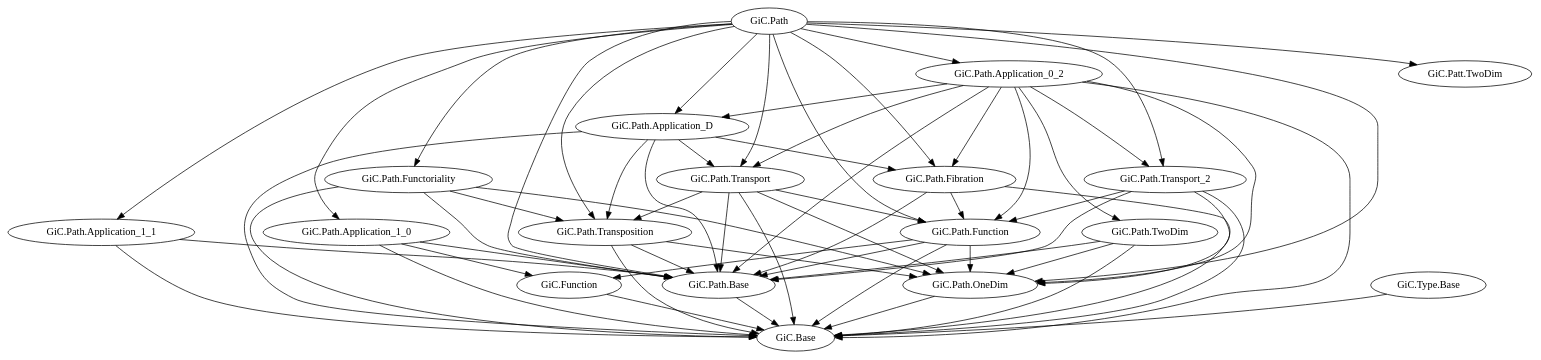
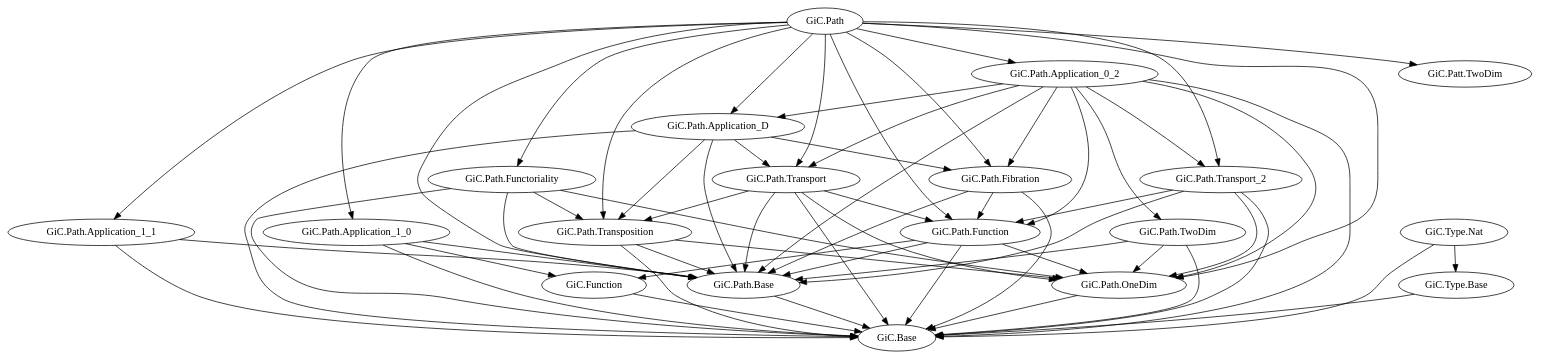
The diagram in documents/libraries.gv (Hexirp/googology-in-coq), drawn with Graphviz before and after one commit. The commit also changed 5 other files, not shown here.

First line of the commit message:
Add: GiC.Type.Nat を

```diff
--- a/documents/libraries.gv
+++ b/documents/libraries.gv
@@ -1,97 +1,101 @@
 digraph dependency_graph {
   # GiC.Base
 
   # GiC.Function
   "GiC.Function" -> "GiC.Base";
 
   # GiC.Path.Base
   "GiC.Path.Base" -> "GiC.Base";
 
   # GiC.Path.OneDim
   "GiC.Path.OneDim" -> "GiC.Base";
 
   # GiC.Path.Function
   "GiC.Path.Function" -> "GiC.Base";
   "GiC.Path.Function" -> "GiC.Function";
   "GiC.Path.Function" -> "GiC.Path.Base";
   "GiC.Path.Function" -> "GiC.Path.OneDim";
 
   # GiC.Path.TwoDim
   "GiC.Path.TwoDim" -> "GiC.Base";
   "GiC.Path.TwoDim" -> "GiC.Path.Base";
   "GiC.Path.TwoDim" -> "GiC.Path.OneDim";
 
   # GiC.Path.Transposition
   "GiC.Path.Transposition" -> "GiC.Base";
   "GiC.Path.Transposition" -> "GiC.Path.Base";
   "GiC.Path.Transposition" -> "GiC.Path.OneDim";
 
   # GiC.Path.Functoriality
   "GiC.Path.Functoriality" -> "GiC.Base";
   "GiC.Path.Functoriality" -> "GiC.Path.Base";
   "GiC.Path.Functoriality" -> "GiC.Path.OneDim";
   "GiC.Path.Functoriality" -> "GiC.Path.Transposition";
 
   # GiC.Path.Application_1_0
   "GiC.Path.Application_1_0" -> "GiC.Base";
   "GiC.Path.Application_1_0" -> "GiC.Function";
   "GiC.Path.Application_1_0" -> "GiC.Path.Base";
 
   # GiC.Path.Application_1_1
   "GiC.Path.Application_1_1" -> "GiC.Base";
   "GiC.Path.Application_1_1" -> "GiC.Path.Base";
 
   # GiC.Path.Transport
   "GiC.Path.Transport" -> "GiC.Base";
   "GiC.Path.Transport" -> "GiC.Path.Base";
   "GiC.Path.Transport" -> "GiC.Path.Function";
   "GiC.Path.Transport" -> "GiC.Path.OneDim";
   "GiC.Path.Transport" -> "GiC.Path.Transposition";
 
   # GiC.Path.Fibration
   "GiC.Path.Fibration" -> "GiC.Base";
   "GiC.Path.Fibration" -> "GiC.Path.Base";
   "GiC.Path.Fibration" -> "GiC.Path.Function";
 
   # GiC.Path.Transport_2
   "GiC.Path.Transport_2" -> "GiC.Base";
   "GiC.Path.Transport_2" -> "GiC.Path.Base";
   "GiC.Path.Transport_2" -> "GiC.Path.Function";
   "GiC.Path.Transport_2" -> "GiC.Path.OneDim";
 
   # GiC.Path.Application_D
   "GiC.Path.Application_D" -> "GiC.Base";
   "GiC.Path.Application_D" -> "GiC.Path.Base";
   "GiC.Path.Application_D" -> "GiC.Path.Transposition";
   "GiC.Path.Application_D" -> "GiC.Path.Transport";
   "GiC.Path.Application_D" -> "GiC.Path.Fibration";
 
   # GiC.Path.Application_0_2
   "GiC.Path.Application_0_2" -> "GiC.Base";
   "GiC.Path.Application_0_2" -> "GiC.Path.Base";
   "GiC.Path.Application_0_2" -> "GiC.Path.OneDim";
   "GiC.Path.Application_0_2" -> "GiC.Path.Function";
   "GiC.Path.Application_0_2" -> "GiC.Path.TwoDim";
   "GiC.Path.Application_0_2" -> "GiC.Path.Fibration";
   "GiC.Path.Application_0_2" -> "GiC.Path.Transport";
   "GiC.Path.Application_0_2" -> "GiC.Path.Transport_2";
   "GiC.Path.Application_0_2" -> "GiC.Path.Application_D";
 
   # GiC.Path
   "GiC.Path" -> "GiC.Path.Base";
   "GiC.Path" -> "GiC.Path.Function";
   "GiC.Path" -> "GiC.Path.OneDim";
   "GiC.Path" -> "GiC.Patt.TwoDim";
   "GiC.Path" -> "GiC.Path.Transposition";
   "GiC.Path" -> "GiC.Path.Functoriality";
   "GiC.Path" -> "GiC.Path.Application_1_0";
   "GiC.Path" -> "GiC.Path.Application_1_1";
   "GiC.Path" -> "GiC.Path.Transport";
   "GiC.Path" -> "GiC.Path.Fibration";
   "GiC.Path" -> "GiC.Path.Transport_2";
   "GiC.Path" -> "GiC.Path.Application_D";
   "GiC.Path" -> "GiC.Path.Application_0_2";
 
   # GiC.Type.Base
   "GiC.Type.Base" -> "GiC.Base";
+
+  # GiC.Type.Nat
+  "GiC.Type.Nat" -> "GiC.Base";
+  "GiC.Type.Nat" -> "GiC.Type.Base";
 }
```
